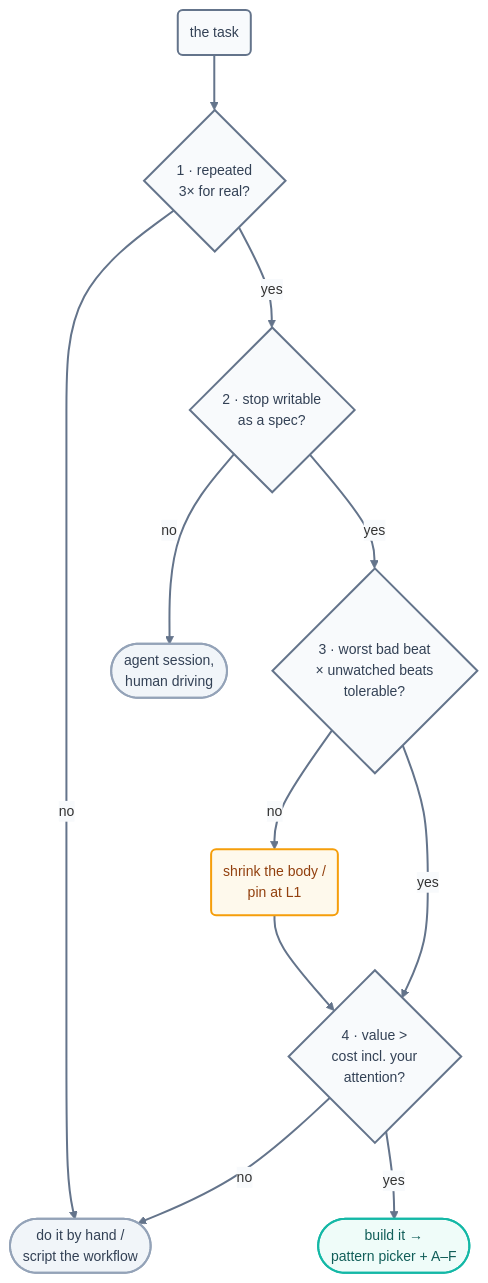
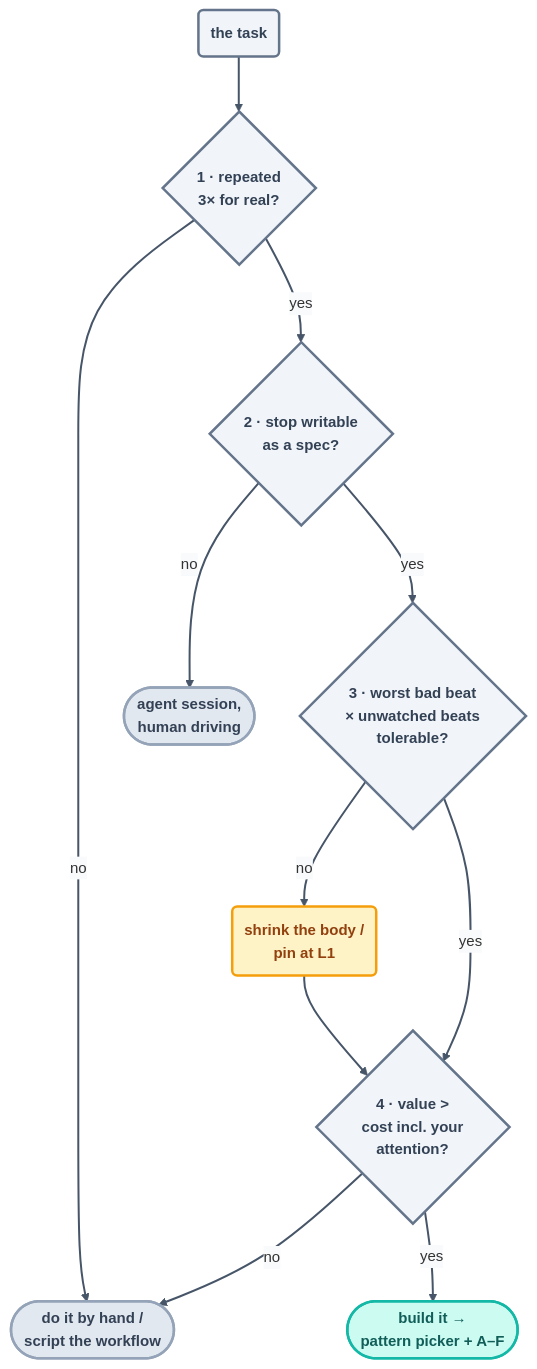
One commit to ayeshakhalid192007-dev/LoopEngineering-CrashCourse changed the diagram in docs/09-methods/decision-framework.md. Above: the diagram before and after it, drawn with Mermaid. The commit also changed 66 other files, not shown here.

First line of the commit message:
docs(diagrams): visibly bolder pass — deeper fills, heavier strokes, semibold labels

````diff
--- a/docs/09-methods/decision-framework.md
+++ b/docs/09-methods/decision-framework.md
@@ -38,18 +38,18 @@
 ```mermaid
-%%{init: {'theme':'base','themeVariables':{'fontFamily':'ui-sans-serif, system-ui, sans-serif','fontSize':'14px','lineColor':'#64748b','edgeLabelBackground':'#f8fafc'},'flowchart':{'curve':'basis','nodeSpacing':45,'rankSpacing':55,'padding':12}}}%%
+%%{init: {'theme':'base','themeVariables':{'fontFamily':'ui-sans-serif, system-ui, sans-serif','fontSize':'15px','lineColor':'#475569','edgeLabelBackground':'#f8fafc'},'flowchart':{'curve':'basis','nodeSpacing':45,'rankSpacing':55,'padding':12}}}%%
 flowchart TD
     T("the task"):::q --> R{"1 · repeated<br/>3× for real?"}:::q
     R -->|no| HAND(["do it by hand /<br/>script the workflow"]):::stop
     R -->|yes| S{"2 · stop writable<br/>as a spec?"}:::q
     S -->|no| SESS(["agent session,<br/>human driving"]):::stop
     S -->|yes| TOL{"3 · worst bad beat<br/>× unwatched beats<br/>tolerable?"}:::q
     TOL -->|no| SHRINK("shrink the body /<br/>pin at L1"):::warn --> ECON
     TOL -->|yes| ECON{"4 · value ><br/>cost incl. your<br/>attention?"}:::q
     ECON -->|no| HAND
     ECON -->|yes| GO(["build it →<br/>pattern picker + A–F"]):::win
-    linkStyle default stroke:#64748b,stroke-width:2px;
-    classDef q fill:#f8fafc,stroke:#64748b,stroke-width:2px,color:#334155;
-    classDef stop fill:#f1f5f9,stroke:#94a3b8,stroke-width:2px,color:#334155;
-    classDef warn fill:#fef9ec,stroke:#f59e0b,stroke-width:2px,color:#92400e;
-    classDef win fill:#effcf9,stroke:#14b8a6,stroke-width:2px,color:#115e59;
+    linkStyle default stroke:#475569,stroke-width:2px;
+    classDef q fill:#f1f5f9,stroke:#64748b,stroke-width:2.5px,color:#334155,font-weight:600;
+    classDef stop fill:#e2e8f0,stroke:#94a3b8,stroke-width:2.5px,color:#334155,font-weight:600;
+    classDef warn fill:#fef3c7,stroke:#f59e0b,stroke-width:2.5px,color:#92400e,font-weight:600;
+    classDef win fill:#ccfbf1,stroke:#14b8a6,stroke-width:2.5px,color:#115e59,font-weight:600;
 ```
````
